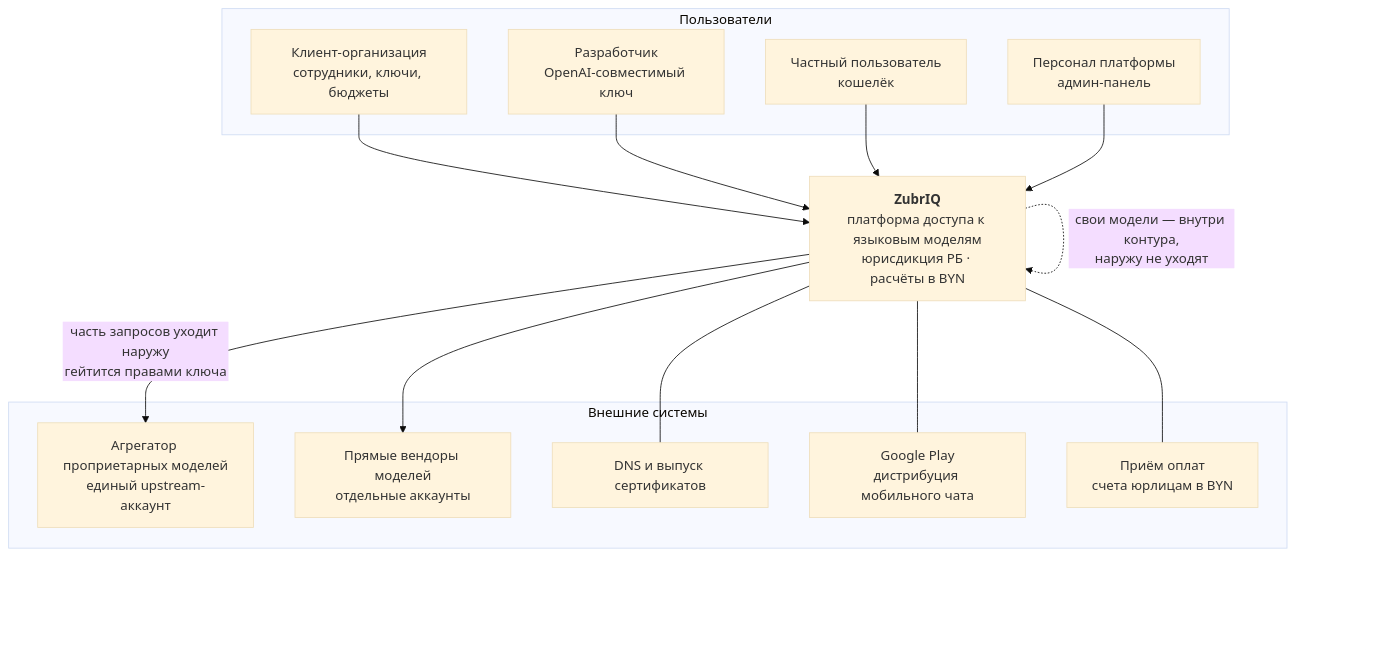
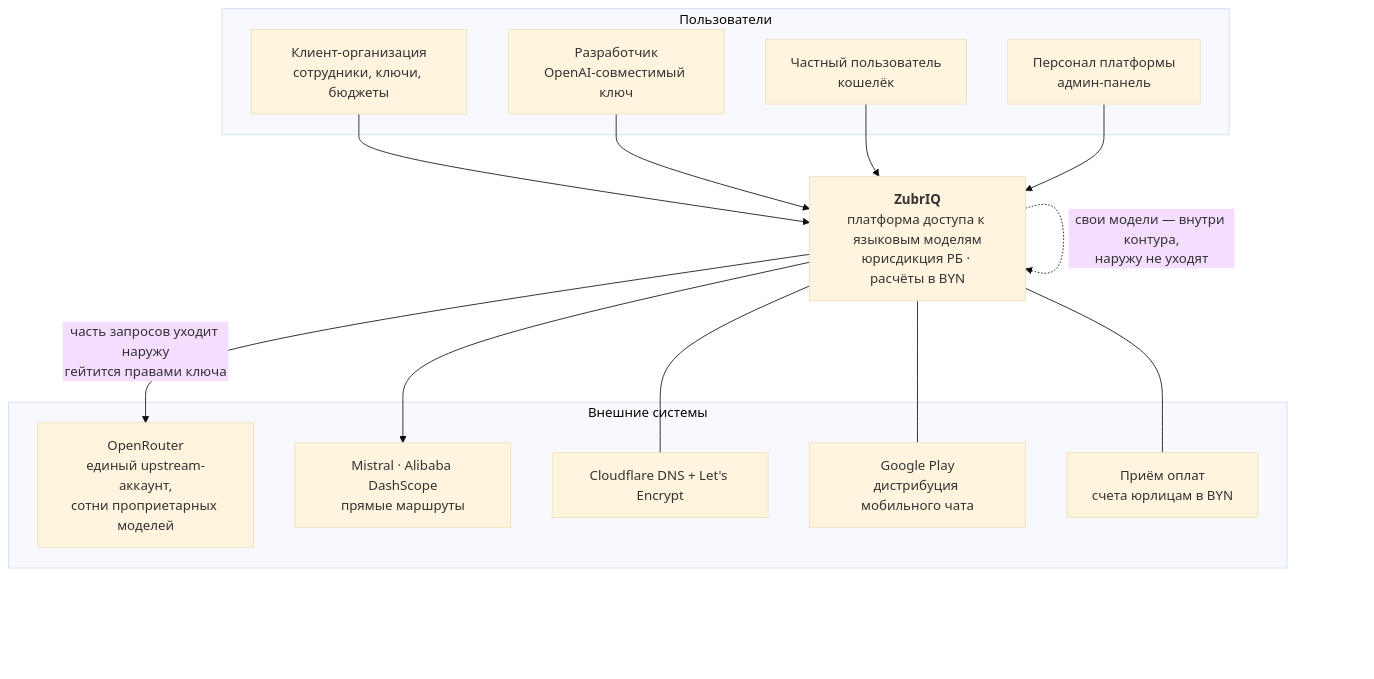
Before and after one commit to ZubikIT/ai-architect: the first of 4 diagrams in zubriq-platform/docs/diagrams/c4.md, drawn with Mermaid (base theme). The commit also changed other lines of this file and 8 other files, not shown here.

````diff
--- a/zubriq-platform/docs/diagrams/c4.md
+++ b/zubriq-platform/docs/diagrams/c4.md
@@ -7,32 +7,32 @@
 ```mermaid
 flowchart TB
   subgraph users["Пользователи"]
     org["Клиент-организация<br/>сотрудники, ключи, бюджеты"]
     dev["Разработчик<br/>OpenAI-совместимый ключ"]
     priv["Частный пользователь<br/>кошелёк"]
     staff["Персонал платформы<br/>админ-панель"]
   end
 
   ZQ["<b>ZubrIQ</b><br/>платформа доступа к языковым моделям<br/>юрисдикция РБ · расчёты в BYN"]
 
   subgraph external["Внешние системы"]
-    agg["Агрегатор проприетарных моделей<br/>единый upstream-аккаунт"]
-    vendors["Прямые вендоры моделей<br/>отдельные аккаунты"]
-    dns["DNS и выпуск сертификатов"]
+    agg["OpenRouter<br/>единый upstream-аккаунт,<br/>сотни проприетарных моделей"]
+    vendors["Mistral · Alibaba DashScope<br/>прямые маршруты"]
+    dns["Cloudflare DNS + Let's Encrypt"]
     play["Google Play<br/>дистрибуция мобильного чата"]
     pay["Приём оплат<br/>счета юрлицам в BYN"]
   end
 
   org --> ZQ
   dev --> ZQ
   priv --> ZQ
   staff --> ZQ
 
   ZQ -->|"часть запросов уходит наружу<br/>гейтится правами ключа"| agg
   ZQ --> vendors
   ZQ --- dns
   ZQ --- play
   ZQ --- pay
 
   ZQ -.->|"свои модели — внутри контура,<br/>наружу не уходят"| ZQ
 ```
````
